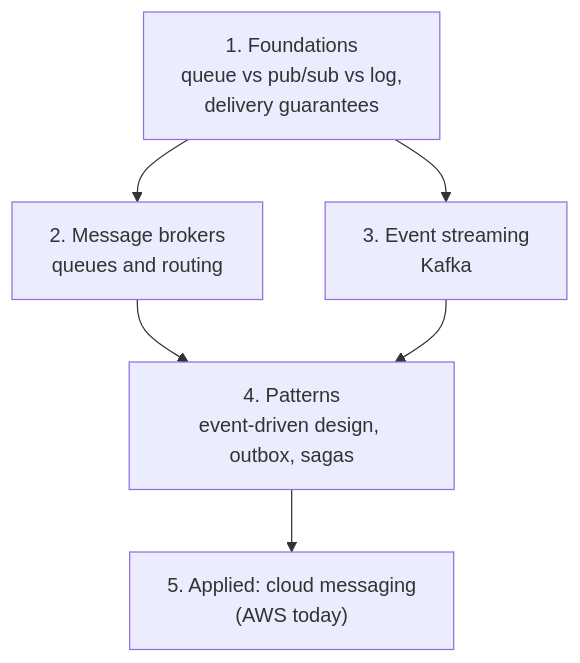
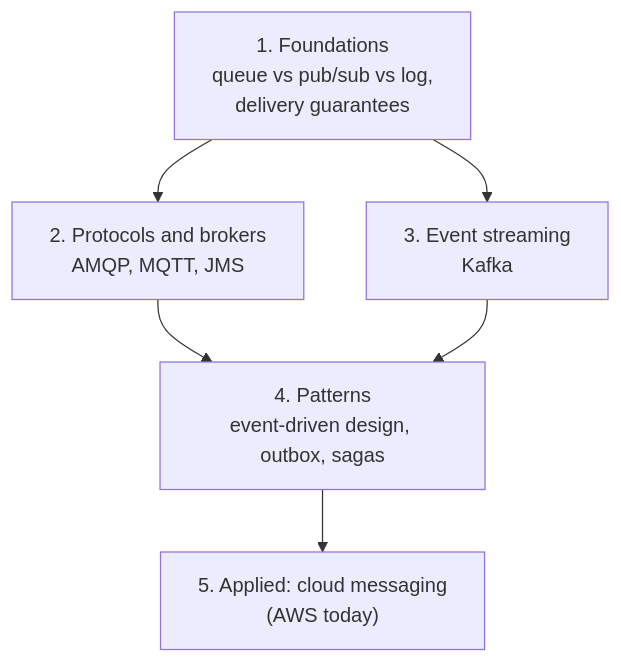
Before and after one commit to IhebBelhadj/second_brain: the diagram in Areas/Messaging/Messaging.md, drawn with Mermaid. The commit also changed other lines of this file and 12 other files, not shown here.

````diff
--- a/Areas/Messaging/Messaging.md
+++ b/Areas/Messaging/Messaging.md
@@ -14,8 +14,8 @@
 ```mermaid
 flowchart TD
-    F["1. Foundations<br/>queue vs pub/sub vs log,<br/>delivery guarantees"] --> B["2. Message brokers<br/>queues and routing"]
+    F["1. Foundations<br/>queue vs pub/sub vs log,<br/>delivery guarantees"] --> B["2. Protocols and brokers<br/>AMQP, MQTT, JMS"]
     F --> S["3. Event streaming<br/>Kafka"]
     B --> P["4. Patterns<br/>event-driven design, outbox, sagas"]
     S --> P
     P --> C["5. Applied: cloud messaging<br/>(AWS today)"]
 ```
````
